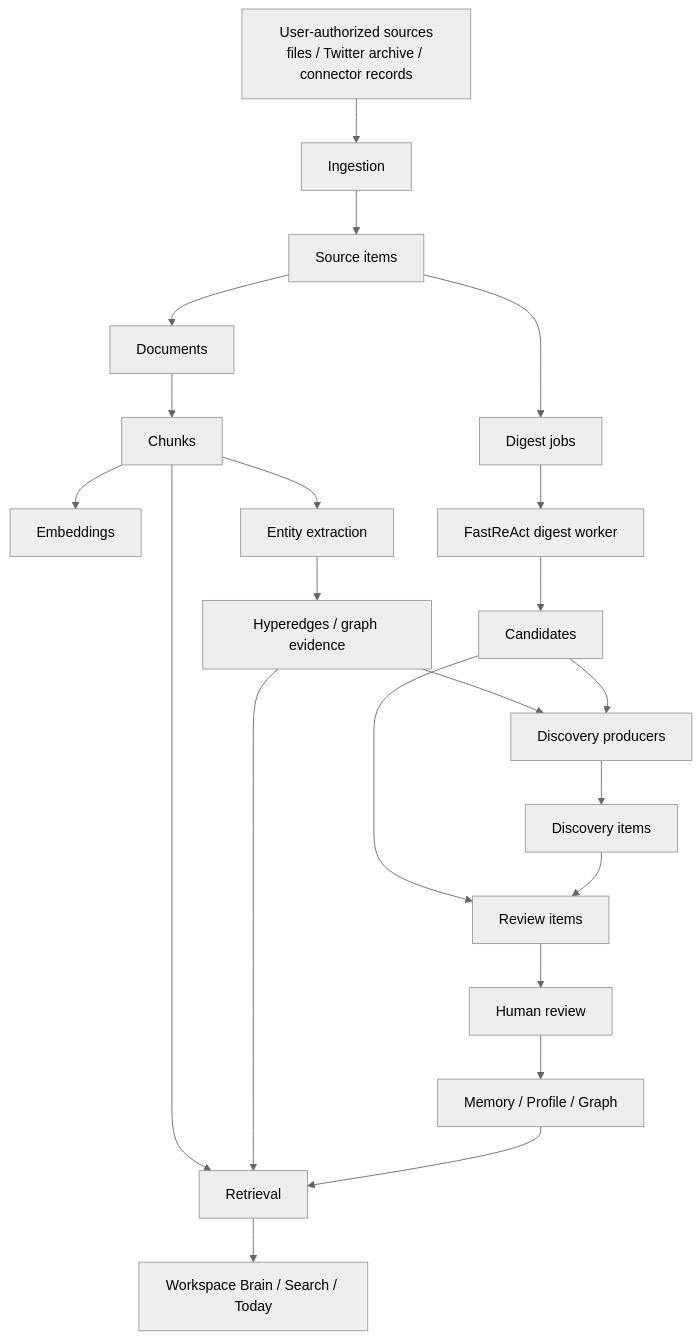
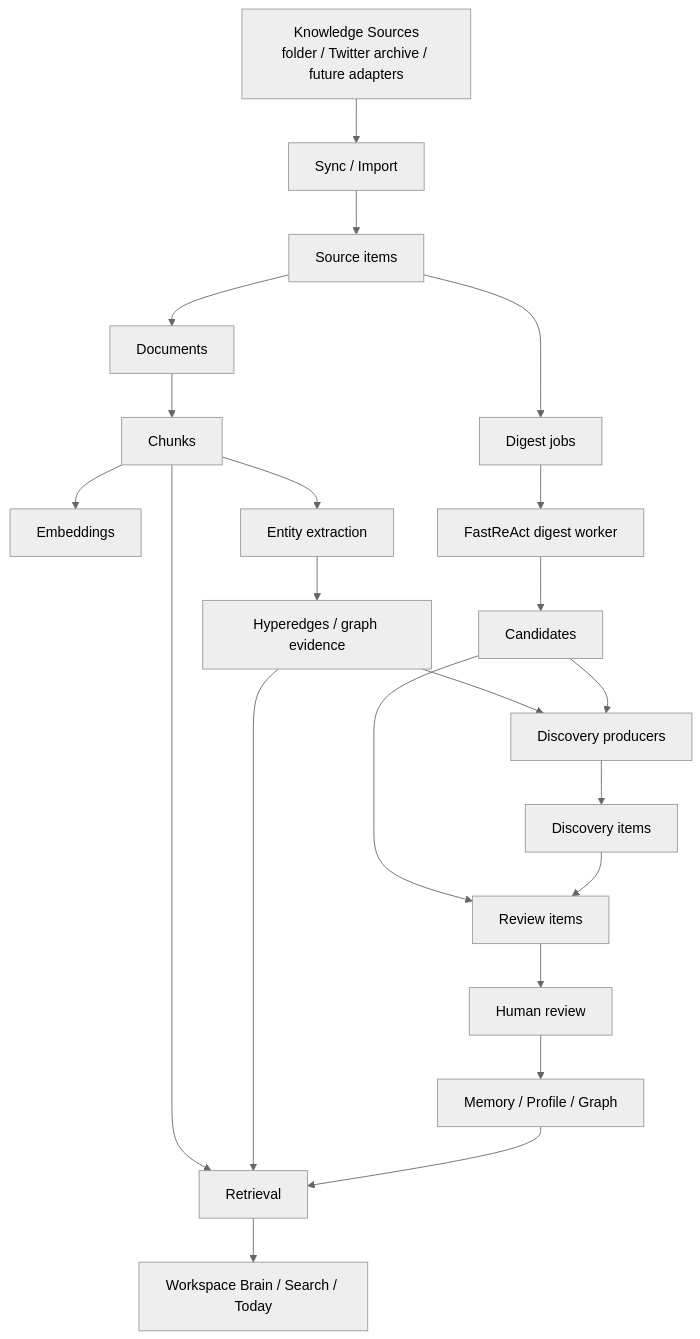
One commit to atom32/PSKA changed the diagram in docs/ARCHITECTURE.md. Above: the diagram before and after it, drawn with Mermaid (neutral theme). The commit also changed other lines of this file and 20 other files, not shown here.

````diff
--- a/docs/ARCHITECTURE.md
+++ b/docs/ARCHITECTURE.md
@@ -12,24 +12,24 @@
 ```mermaid
 flowchart TD
-  A["User-authorized sources<br/>files / Twitter archive / connector records"] --> B["Ingestion"]
+  A["Knowledge Sources<br/>folder / Twitter archive / future adapters"] --> B["Sync / Import"]
   B --> C["Source items"]
   C --> D["Documents"]
   D --> E["Chunks"]
   E --> F["Embeddings"]
   E --> G["Entity extraction"]
   G --> H["Hyperedges / graph evidence"]
   C --> I["Digest jobs"]
   I --> J["FastReAct digest worker"]
   J --> K["Candidates"]
   K --> L["Review items"]
   L --> M["Human review"]
   M --> N["Memory / Profile / Graph"]
   H --> Q["Discovery producers"]
   K --> Q
   Q --> R["Discovery items"]
   R --> L
   E --> O["Retrieval"]
   H --> O
   N --> O
   O --> P["Workspace Brain / Search / Today"]
 ```
````
